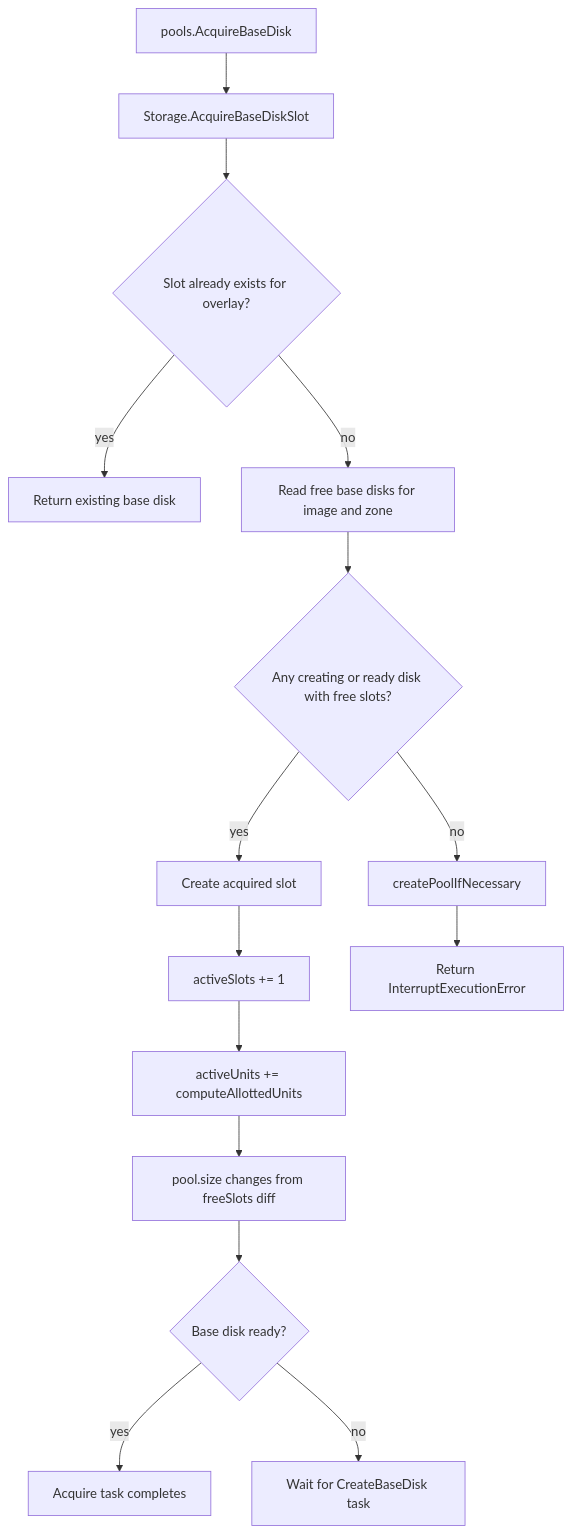
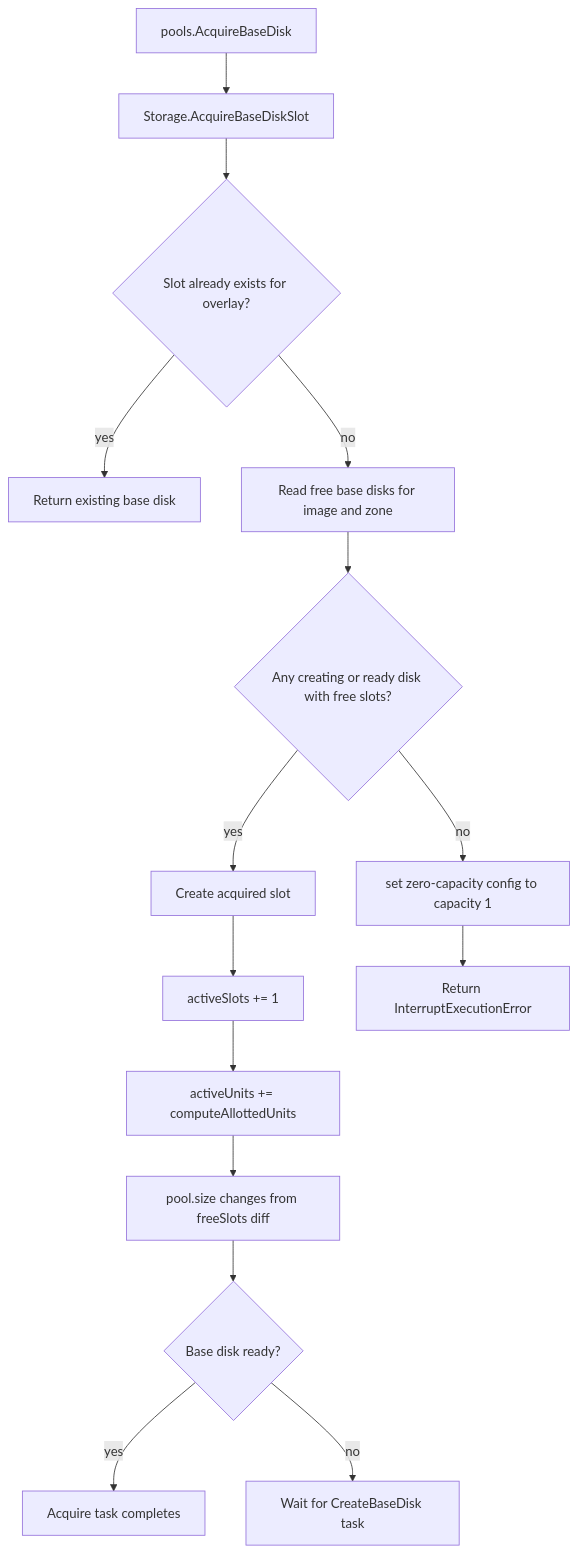
Before and after one commit to ydb-platform/nbs: the seventh of 13 diagrams in doc/disk_manager/pools/README.md, drawn with Mermaid. The commit also changed other lines of this file, not shown here.

````diff
--- a/doc/disk_manager/pools/README.md
+++ b/doc/disk_manager/pools/README.md
@@ -584,22 +675,22 @@
 ```mermaid
 flowchart TD
     A[pools.AcquireBaseDisk] --> B[Storage.AcquireBaseDiskSlot]
     B --> C{Slot already exists for overlay?}
     C -- yes --> D[Return existing base disk]
     C -- no --> E[Read free base disks for image and zone]
     E --> F{Any creating or ready disk with free slots?}
     F -- yes --> G[Create acquired slot]
     G --> H[activeSlots += 1]
     H --> I[activeUnits += computeAllottedUnits]
     I --> J[pool.size changes from freeSlots diff]
     J --> K{Base disk ready?}
     K -- yes --> L[Acquire task completes]
     K -- no --> M[Wait for CreateBaseDisk task]
-    F -- no --> N[createPoolIfNecessary]
+    F -- no --> N[set zero-capacity config to capacity 1]
     N --> O[Return InterruptExecutionError]
 
     click A "../../../cloud/disk_manager/internal/pkg/services/pools/acquire_base_disk_task.go" "pools.AcquireBaseDisk task"
     click B "../../../cloud/disk_manager/internal/pkg/services/pools/storage/storage_ydb_impl.go" "AcquireBaseDiskSlot storage path"
     click I "../../../cloud/disk_manager/internal/pkg/services/pools/storage/common.go" "unit accounting"
     click J "../../../cloud/disk_manager/internal/pkg/services/pools/storage/common.go" "pool size diff"
 ```
````
